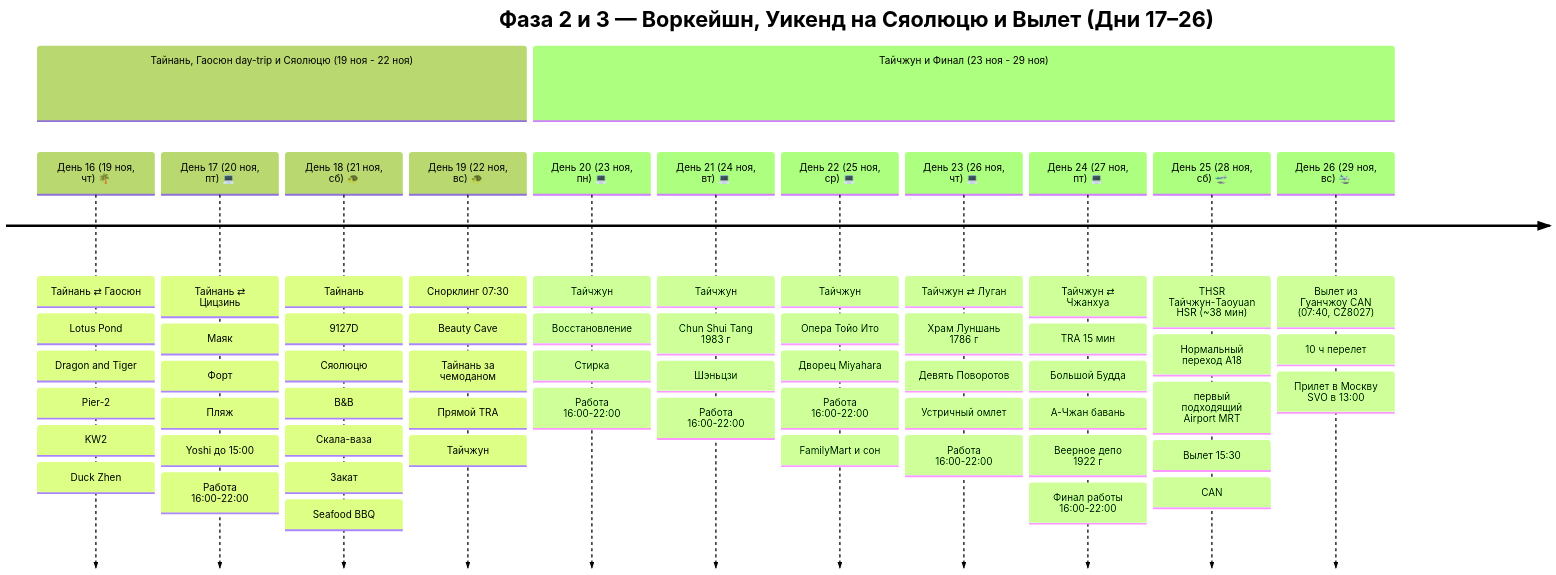
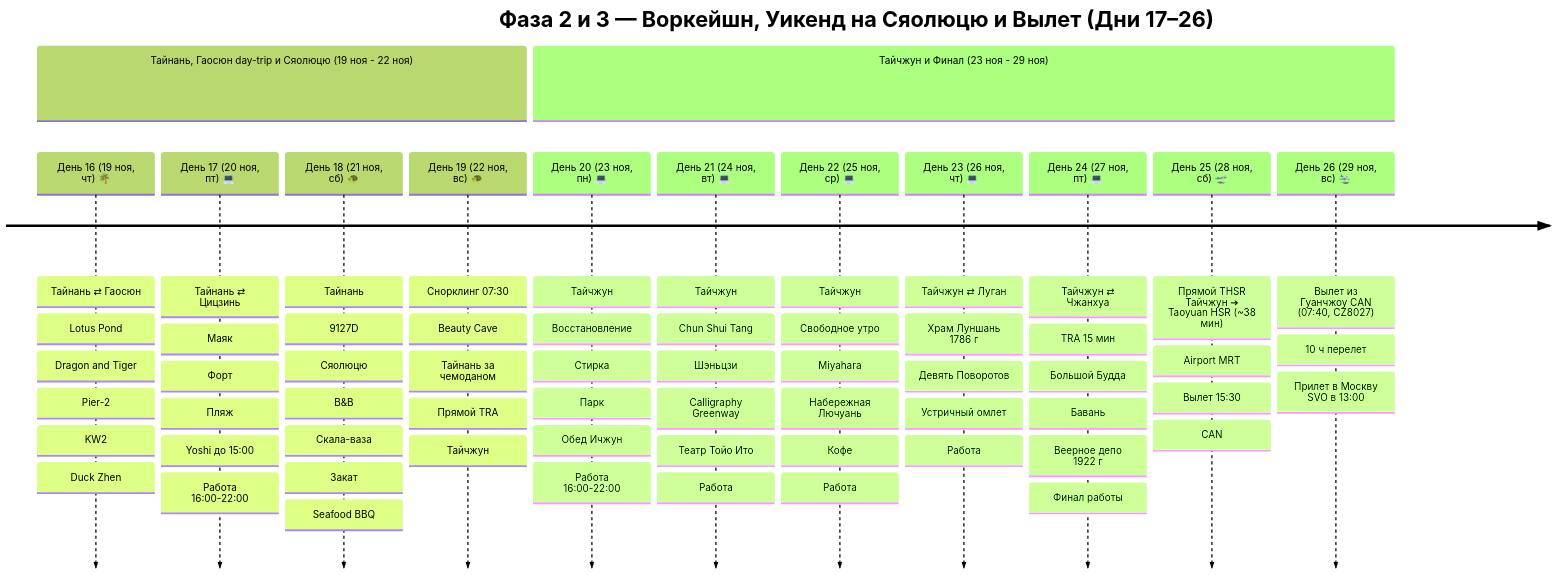
One commit to injurka/obsidian-mark changed the second of 2 diagrams in Personal Note/Travel/-- Taiwan/Taiwan.md. Above: the diagram before and after it, drawn with Mermaid (forest theme). The commit also changed other lines of this file and 47 other files, not shown here.

````diff
--- a/Personal Note/Travel/-- Taiwan/Taiwan.md
+++ b/Personal Note/Travel/-- Taiwan/Taiwan.md
@@ -77,17 +83,17 @@
 ```mermaid
 timeline
     title Фаза 2 и 3 — Воркейшн, Уикенд на Сяолюцю и Вылет (Дни 17–26)
     section Тайнань, Гаосюн day-trip и Сяолюцю (19 ноя - 22 ноя)
         День 16 (19 ноя, чт) 🌴 : Тайнань ⇄ Гаосюн : Lotus Pond : Dragon and Tiger : Pier-2 : KW2 : Duck Zhen
         День 17 (20 ноя, пт) 💻 : Тайнань ⇄ Цицзинь : Маяк : Форт : Пляж : Yoshi до 15:00 : Работа 16:00-22:00
         День 18 (21 ноя, сб) 🐢 : Тайнань : 9127D : Сяолюцю : B&B : Скала-ваза : Закат : Seafood BBQ
         День 19 (22 ноя, вс) 🐢 : Снорклинг 07:30 : Beauty Cave : Тайнань за чемоданом : Прямой TRA : Тайчжун
     section Тайчжун и Финал (23 ноя - 29 ноя)
-        День 20 (23 ноя, пн) 💻 : Тайчжун : Восстановление : Стирка : Работа 16:00-22:00
-        День 21 (24 ноя, вт) 💻 : Тайчжун : Chun Shui Tang 1983 г : Шэньцзи : Работа 16:00-22:00
-        День 22 (25 ноя, ср) 💻 : Тайчжун : Опера Тойо Ито : Дворец Miyahara : Работа 16:00-22:00 : FamilyMart и сон
-        День 23 (26 ноя, чт) 💻 : Тайчжун ⇄ Луган : Храм Луншань 1786 г : Девять Поворотов : Устричный омлет : Работа 16:00-22:00
-        День 24 (27 ноя, пт) 💻 : Тайчжун ⇄ Чжанхуа : TRA 15 мин : Большой Будда : А-Чжан бавань : Веерное депо 1922 г : Финал работы 16:00-22:00
-        День 25 (28 ноя, сб) 🛫 : THSR Тайчжун-Taoyuan HSR (~38 мин) : Нормальный переход A18 : первый подходящий Airport MRT : Вылет 15:30 : CAN
+        День 20 (23 ноя, пн) 💻 : Тайчжун : Восстановление : Стирка : Парк : Обед Ичжун : Работа 16:00-22:00
+        День 21 (24 ноя, вт) 💻 : Тайчжун : Chun Shui Tang : Шэньцзи : Calligraphy Greenway : Театр Тойо Ито : Работа
+        День 22 (25 ноя, ср) 💻 : Тайчжун : Свободное утро : Miyahara : Набережная Лючуань : Кофе : Работа
+        День 23 (26 ноя, чт) 💻 : Тайчжун ⇄ Луган : Храм Луншань 1786 г : Девять Поворотов : Устричный омлет : Работа
+        День 24 (27 ноя, пт) 💻 : Тайчжун ⇄ Чжанхуа : TRA 15 мин : Большой Будда : Бавань : Веерное депо 1922 г : Финал работы
+        День 25 (28 ноя, сб) 🛫 : Прямой THSR Тайчжун ➔ Taoyuan HSR (~38 мин) : Airport MRT : Вылет 15:30 : CAN
         День 26 (29 ноя, вс) 🛬 : Вылет из Гуанчжоу CAN (07:40, CZ8027) : 10 ч перелет : Прилет в Москву SVO в 13:00
 ```
````
